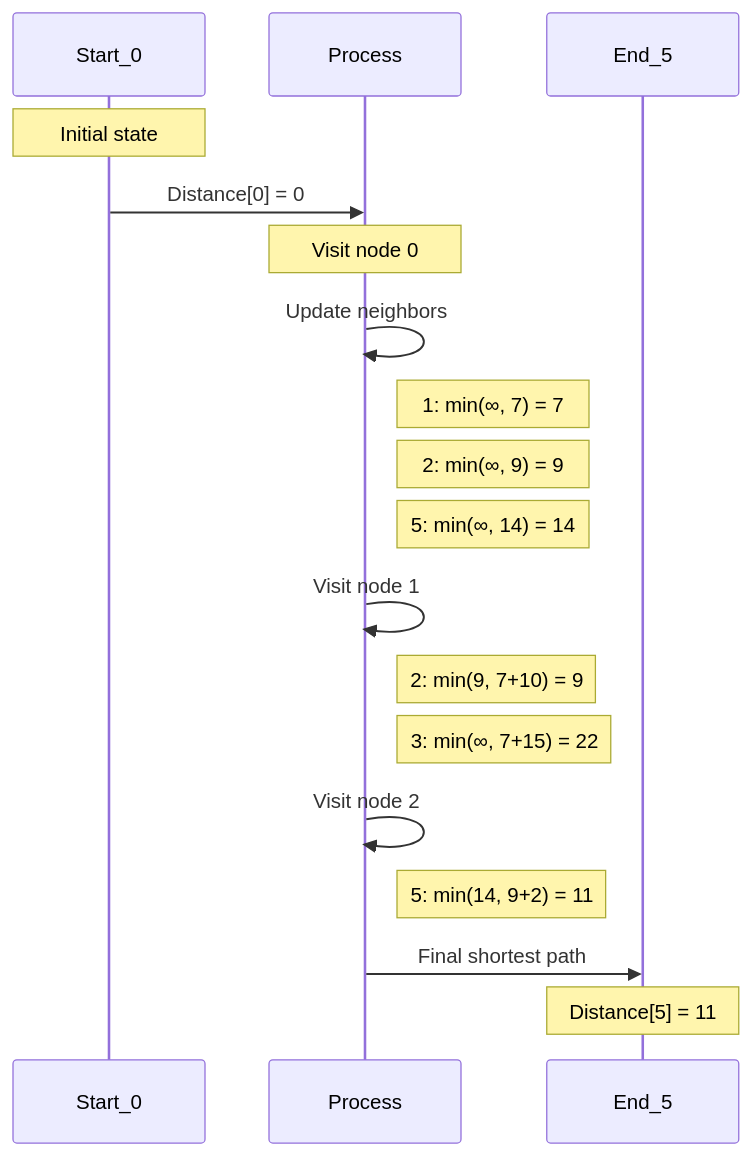
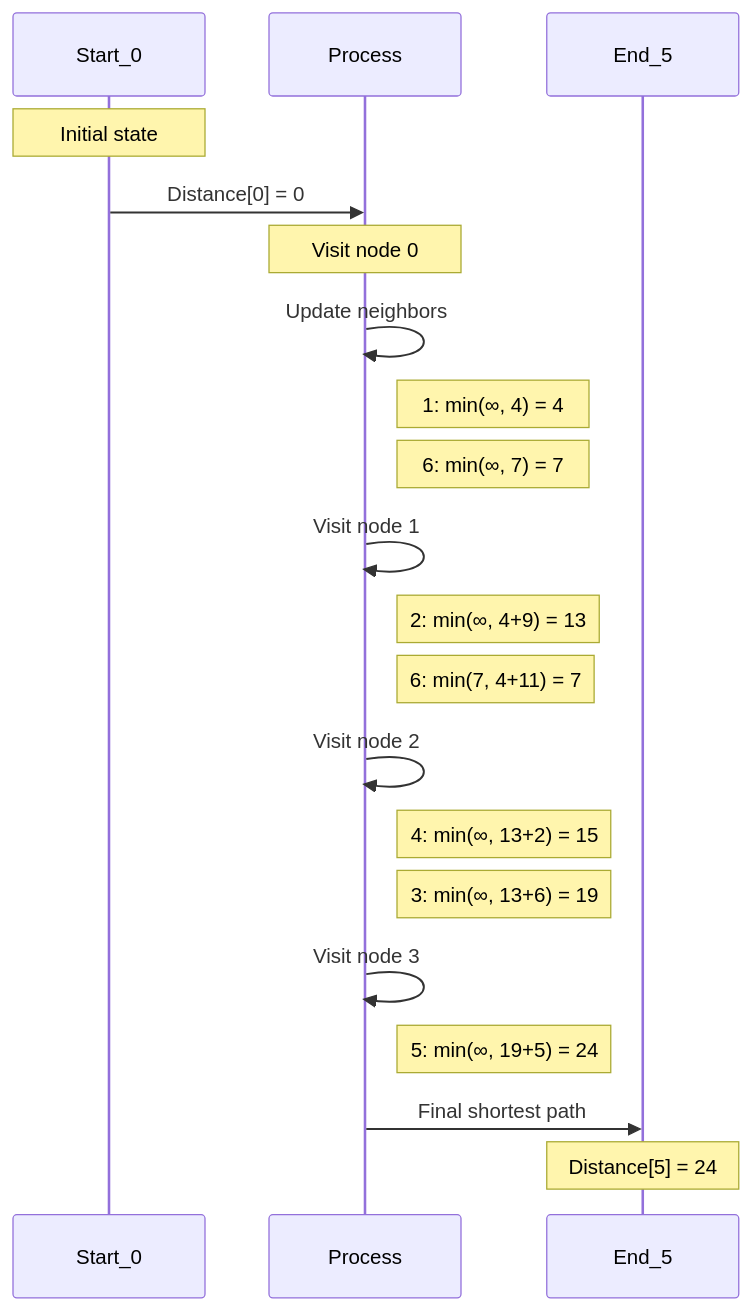
The sixth of 17 diagrams in Comprehensive Guide to Dijkstra's Algori.md (Surfer12/djikstrahw), drawn with Mermaid before and after one commit. The commit also changed other lines of this file, not shown here.

````diff
--- a/Comprehensive Guide to Dijkstra's Algori.md
+++ b/Comprehensive Guide to Dijkstra's Algori.md
@@ -91,25 +182,27 @@
 ```mermaid
 sequenceDiagram
     participant S as Start_0
     participant P as Process
     participant E as End_5
     
     Note over S: Initial state
     S->>P: Distance[0] = 0
     Note over P: Visit node 0
     P->>P: Update neighbors
-    Note right of P: 1: min(∞, 7) = 7
-    Note right of P: 2: min(∞, 9) = 9
-    Note right of P: 5: min(∞, 14) = 14
+    Note right of P: 1: min(∞, 4) = 4
+    Note right of P: 6: min(∞, 7) = 7
     
     P->>P: Visit node 1
-    Note right of P: 2: min(9, 7+10) = 9
-    Note right of P: 3: min(∞, 7+15) = 22
+    Note right of P: 2: min(∞, 4+9) = 13
+    Note right of P: 6: min(7, 4+11) = 7
     
     P->>P: Visit node 2
-    Note right of P: 5: min(14, 9+2) = 11
+    Note right of P: 4: min(∞, 13+2) = 15
+    Note right of P: 3: min(∞, 13+6) = 19
+    
+    P->>P: Visit node 3
+    Note right of P: 5: min(∞, 19+5) = 24
     
     P->>E: Final shortest path
-    Note over E: Distance[5] = 11
-
+    Note over E: Distance[5] = 24
 ```
````
